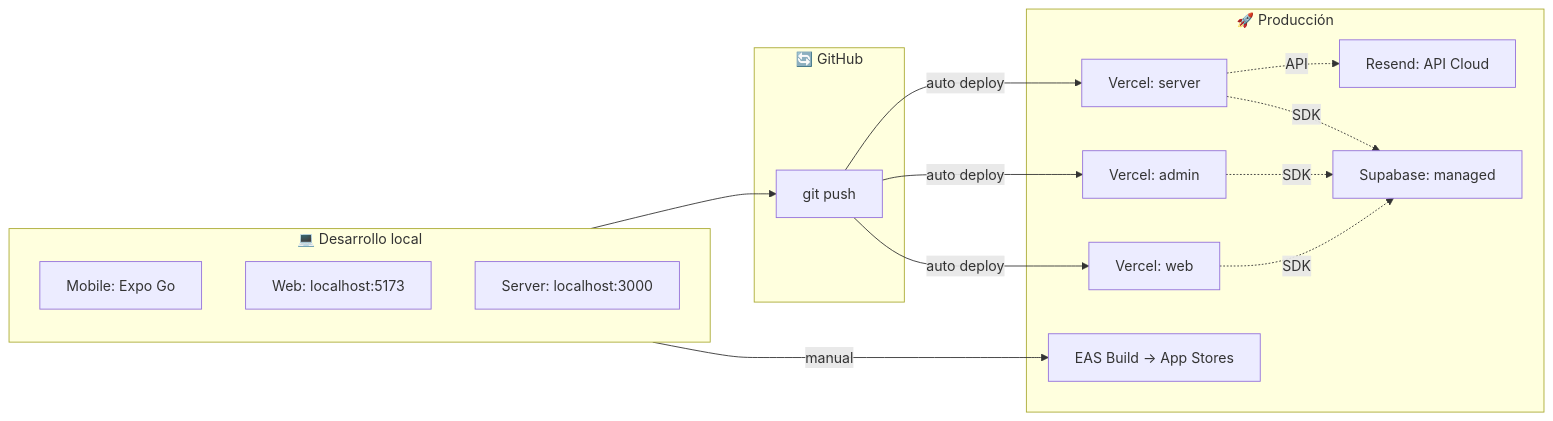
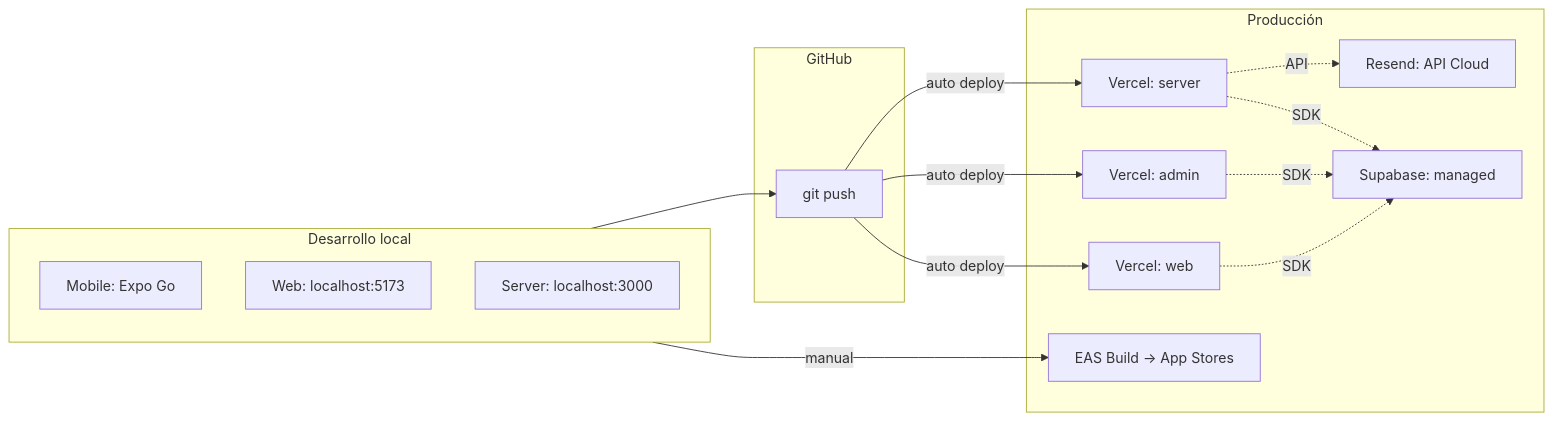
Before and after one commit to msabbar02/PawMate: diagram 16 of 16 in docstecnica.md, drawn with Mermaid. The commit also changed other lines of this file and 32 other files, not shown here.

````diff
--- a/docstecnica.md
+++ b/docstecnica.md
@@ -514,29 +514,29 @@
 ```mermaid
 flowchart LR
-    subgraph Dev["💻 Desarrollo local"]
+    subgraph Dev[" Desarrollo local"]
         D1[Mobile: Expo Go]
         D2[Web: localhost:5173]
         D3[Server: localhost:3000]
     end
 
-    subgraph CI["🔄 GitHub"]
+    subgraph CI[" GitHub"]
         G[git push]
     end
 
-    subgraph Prod["🚀 Producción"]
+    subgraph Prod[" Producción"]
         V1[Vercel: web]
         V2[Vercel: admin]
         V3[Vercel: server]
         H[Resend: API Cloud]
         S[Supabase: managed]
         E[EAS Build → App Stores]
     end
 
     Dev --> G
     G -->|auto deploy| V1
     G -->|auto deploy| V2
     G -->|auto deploy| V3
     Dev -->|manual| E
     V3 -.API.-> H
     V1 & V2 & V3 -.SDK.-> S
 ```
````
